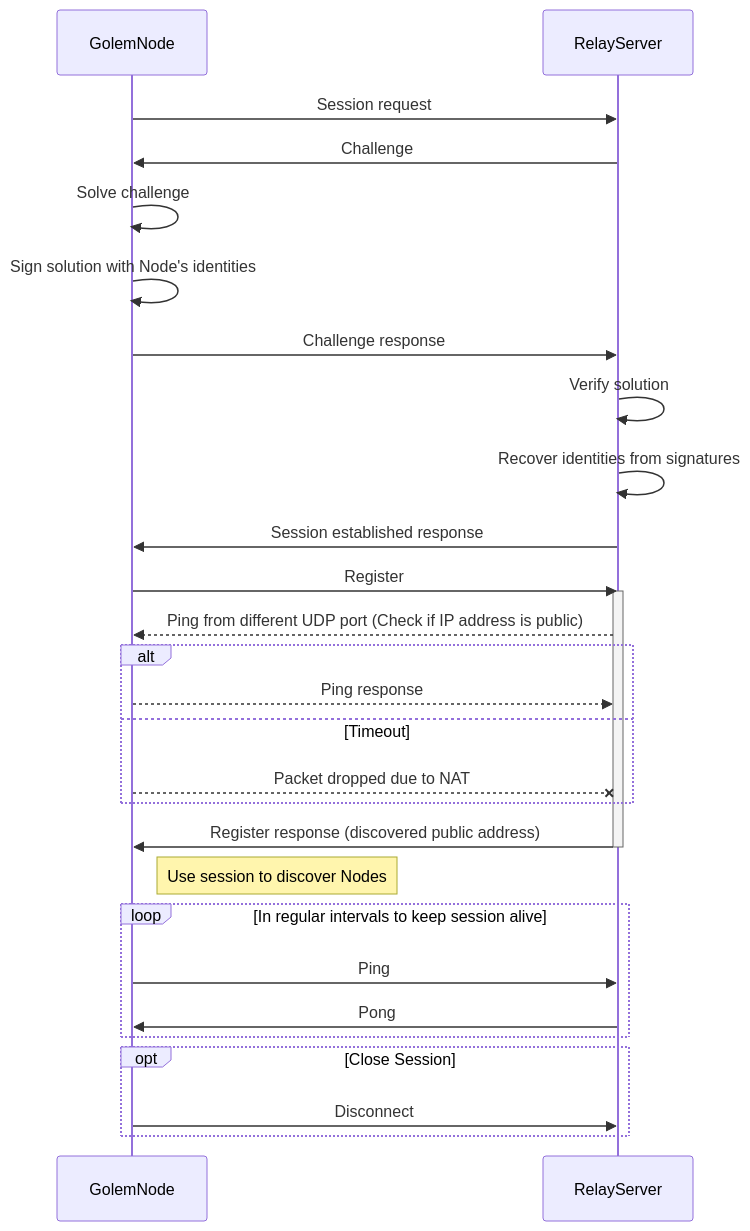
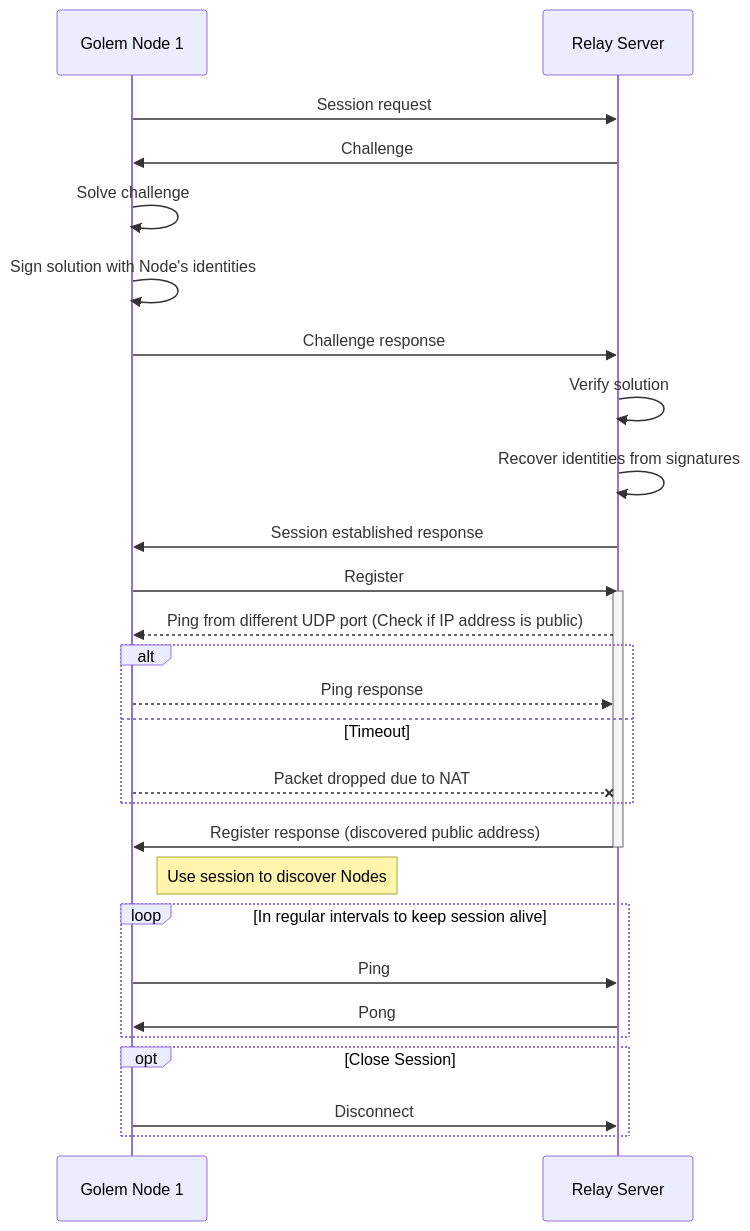
The sixth of 9 diagrams in arch-snapshot/arch.md (golemfactory/golem-architecture), drawn with Mermaid before and after one commit. The commit also changed other lines of this file, not shown here.

````diff
--- a/arch-snapshot/arch.md
+++ b/arch-snapshot/arch.md
@@ -624,36 +624,36 @@
 ```mermaid
 sequenceDiagram
-    participant GolemNode
-    participant RelayServer
+    participant GolemNode as Golem Node 1
+    participant RelayServer as Relay Server
     
     GolemNode->>RelayServer: Session request
     RelayServer->>GolemNode: Challenge
     GolemNode->>GolemNode: Solve challenge
     GolemNode->>GolemNode: Sign solution with Node's identities
     GolemNode->>RelayServer: Challenge response
     RelayServer->>RelayServer: Verify solution
     RelayServer->>RelayServer: Recover identities from signatures
     RelayServer->>GolemNode: Session established response
     
     GolemNode->>RelayServer: Register
     activate RelayServer
     RelayServer-->>GolemNode: Ping from different UDP port (Check if IP address is public)
     alt 
         GolemNode-->>RelayServer: Ping response
     else Timeout
         GolemNode--xRelayServer: Packet dropped due to NAT
     end
     RelayServer->>GolemNode: Register response (discovered public address)
     deactivate RelayServer
 
     Note right of GolemNode: Use session to discover Nodes 
 
     loop In regular intervals to keep session alive
         GolemNode->>RelayServer: Ping
         RelayServer->>GolemNode: Pong
     end
     
     opt Close Session
         GolemNode->>RelayServer: Disconnect
     end
 ```
````
